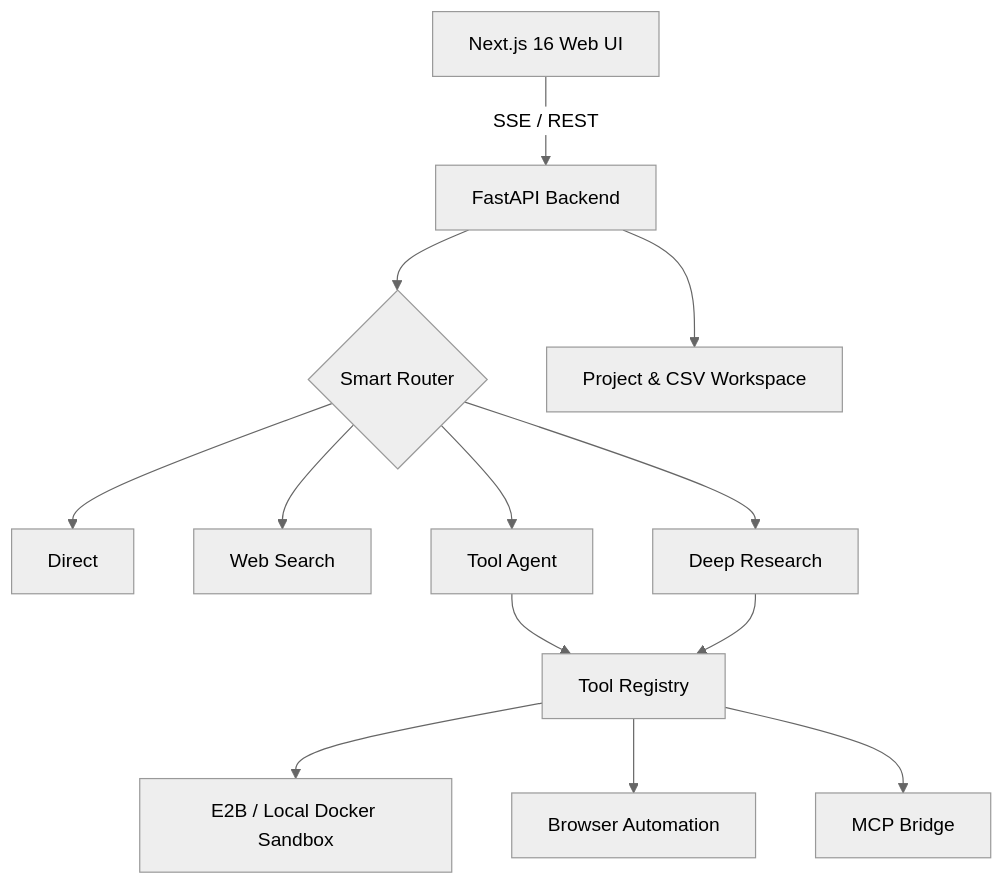
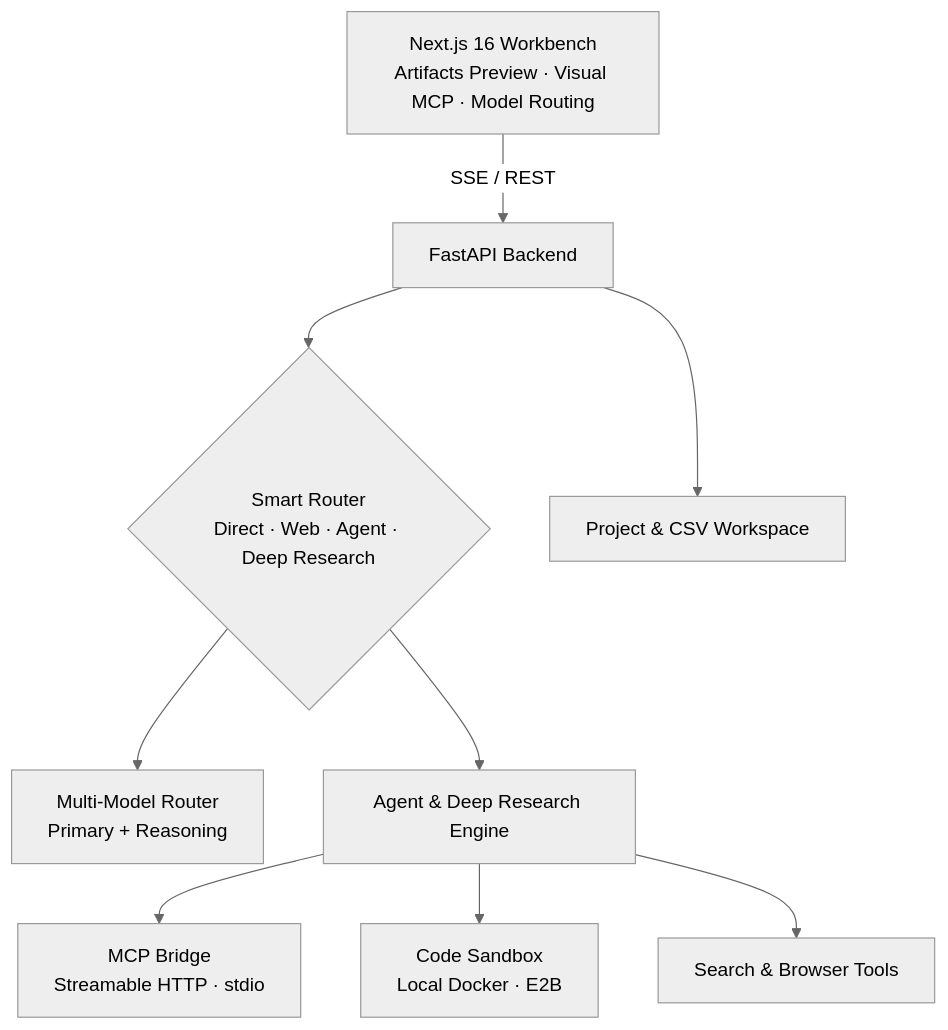
One commit to skygazer42/Weaver changed the diagram in README.md. Above: the diagram before and after it, drawn with Mermaid (neutral theme). The commit also changed other lines of this file and 1 other file, not shown here.

Commit message:
docs: revamp README hero and value proposition for Agent, MCP, Docker sandbox, and Artifacts

````diff
--- a/README.md
+++ b/README.md
@@ -44,15 +47,11 @@
 ```mermaid
 graph TB
-  UI[Next.js 16 Web UI] -->|SSE / REST| API[FastAPI Backend]
-  API --> Router{Smart Router}
+  UI[Next.js 16 Workbench<br/>Artifacts Preview · Visual MCP · Model Routing] -->|SSE / REST| API[FastAPI Backend]
+  API --> Router{Smart Router<br/>Direct · Web · Agent · Deep Research}
   API --> Workspace[Project & CSV Workspace]
-  Router --> Direct[Direct]
-  Router --> Web[Web Search]
-  Router --> Agent[Tool Agent]
-  Router --> Deep[Deep Research]
-  Agent --> Tools[Tool Registry]
-  Deep --> Tools
-  Tools --> Sandbox[E2B / Local Docker Sandbox]
-  Tools --> Browser[Browser Automation]
-  Tools --> MCP[MCP Bridge]
+  Router --> Models[Multi-Model Router<br/>Primary + Reasoning]
+  Router --> Agent[Agent & Deep Research Engine]
+  Agent --> MCP[MCP Bridge<br/>Streamable HTTP · stdio]
+  Agent --> Sandbox[Code Sandbox<br/>Local Docker · E2B]
+  Agent --> WebTools[Search & Browser Tools]
 ```
````
